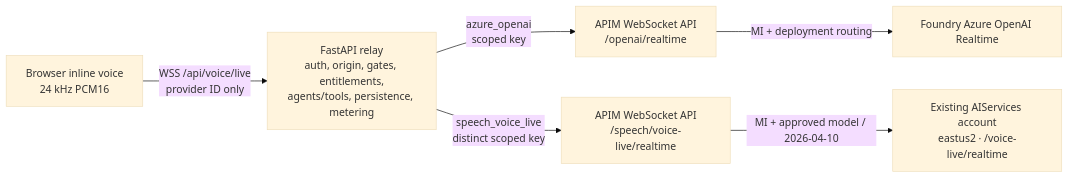
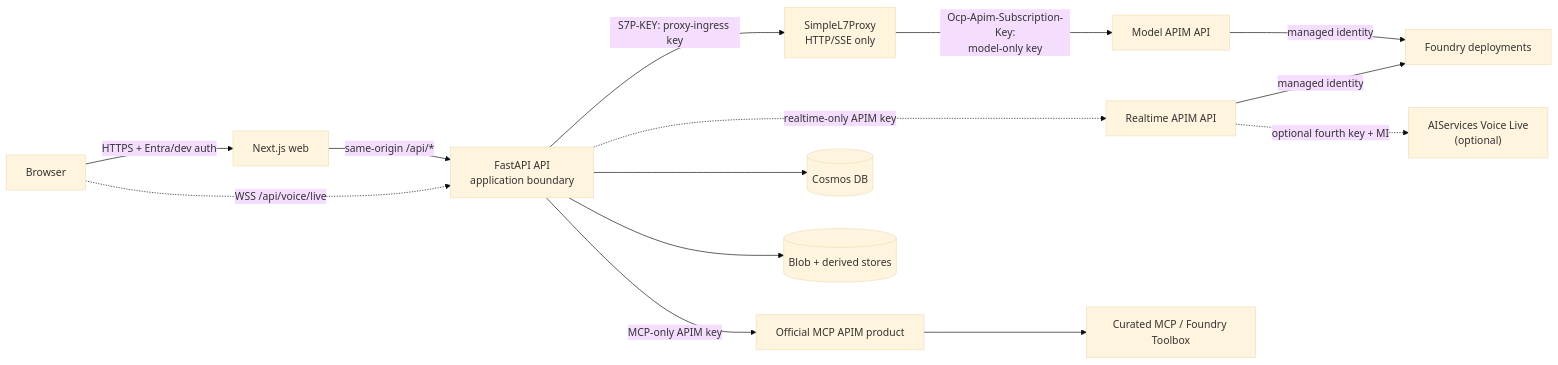
Before and after one commit to ian-t-adams/AI4IA: the diagram in docs/architecture.md, drawn with Mermaid (base theme). The commit also changed other lines of this file and 9 other files, not shown here.

Commit message:
docs: publish platform architecture audit

````diff
--- a/docs/architecture.md
+++ b/docs/architecture.md
@@ -52,8 +56,29 @@
 ```mermaid
 flowchart LR
-  Browser["Browser inline voice<br/>24 kHz PCM16"] -->|"WSS /api/voice/live<br/>provider ID only"| API["FastAPI relay<br/>auth, origin, gates, entitlements,<br/>agents/tools, persistence, metering"]
-  API -->|"azure_openai<br/>scoped key"| AOAIAPI["APIM WebSocket API<br/>/openai/realtime"]
-  API -->|"speech_voice_live<br/>distinct scoped key"| SpeechAPI["APIM WebSocket API<br/>/speech/voice-live/realtime"]
-  AOAIAPI -->|"MI + deployment routing"| AOAI["Foundry Azure OpenAI Realtime"]
-  SpeechAPI -->|"MI + approved model / 2026-04-10"| Speech["Existing AIServices account<br/>eastus2 · /voice-live/realtime"]
+  B["Browser"]
+  W["Next.js web"]
+  A["FastAPI API<br/>application boundary"]
+  P["SimpleL7Proxy<br/>HTTP/SSE only"]
+  G["Model APIM API"]
+  R["Realtime APIM API"]
+  M["Official MCP APIM product"]
+  F["Foundry deployments"]
+  S["AIServices Voice Live<br/>(optional)"]
+  T["Curated MCP / Foundry Toolbox"]
+  C[("Cosmos DB")]
+  D[("Blob + derived stores")]
+
+  B -->|"HTTPS + Entra/dev auth"| W
+  W -->|"same-origin /api/*"| A
+  B -. "WSS /api/voice/live" .-> A
+  A -->|"S7P-KEY: proxy-ingress key"| P
+  P -->|"Ocp-Apim-Subscription-Key:<br/>model-only key"| G
+  G -->|"managed identity"| F
+  A -. "realtime-only APIM key" .-> R
+  R -->|"managed identity"| F
+  R -. "optional fourth key + MI" .-> S
+  A -->|"MCP-only APIM key"| M
+  M --> T
+  A --> C
+  A --> D
 ```
````
